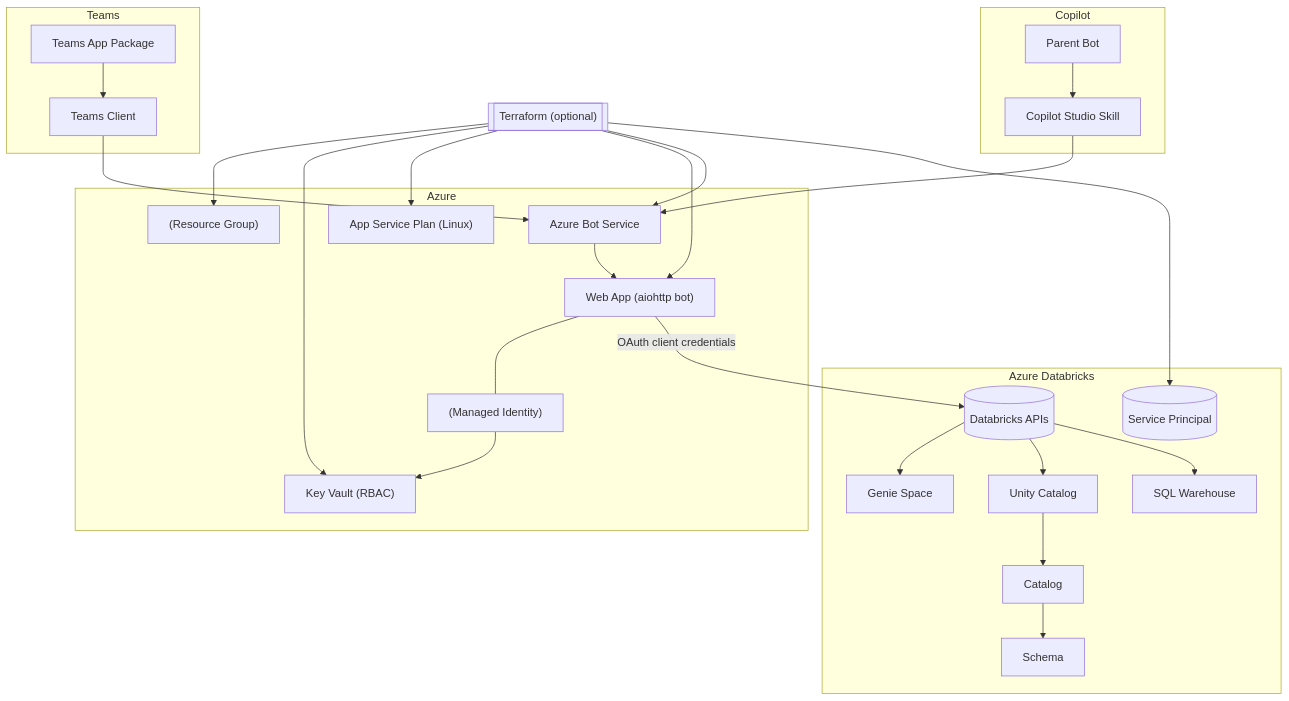
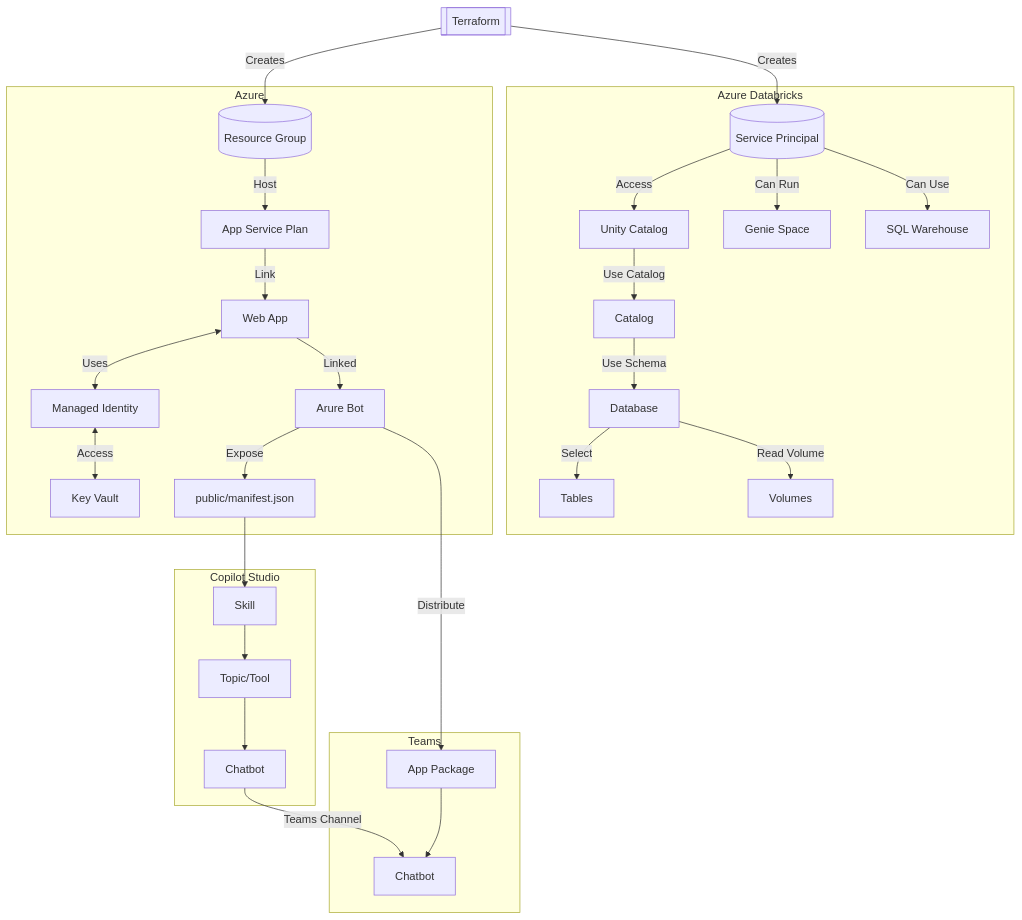
The first of 3 diagrams in docs/info-for-nerds.md (ArnoldSouza/databricks-genie-teams-copilot-m365), drawn with Mermaid before and after one commit. The commit also changed other lines of this file and 7 other files, not shown here.

````diff
--- a/docs/info-for-nerds.md
+++ b/docs/info-for-nerds.md
@@ -17,60 +18,60 @@
 ```mermaid
 flowchart TB
-  %% --- Azure ---
   subgraph Azure
-    RG["(Resource Group)"]
-    KV["Key Vault (RBAC)"]
-    ASP["App Service Plan (Linux)"]
-    APP["Web App (aiohttp bot)"]
-    MI["(Managed Identity)"]
-    BOT[Azure Bot Service]
+    RG[(Resource Group)]
+    ASP[App Service Plan]
+    MI[Managed Identity]
+    BOT[Arure Bot]
+    MFS[public/manifest.json]
+    KV[Key Vault]
+    APP[Web App]
   end
 
-  %% --- Databricks ---
-  subgraph DBX[Azure Databricks]
-    DBXSP[(Service Principal)]
-    SPACE[Genie Space]
+  subgraph Databricks[Azure Databricks]
+    DSP[(Service Principal)]
     UC[Unity Catalog]
-    CATALOG[Catalog]
-    SCHEMA[Schema]
-    WAREHOUSE[SQL Warehouse]
-    API[(Databricks APIs)]
+    CT[Catalog]
+    SC[Database]
+    TB[Tables]
+    VL[Volumes]
+    SPC[Genie Space]
+    WH[SQL Warehouse]
   end
 
-  %% --- Teams & Copilot ---
   subgraph Teams
-    TEAMSCLIENT[Teams Client]
-    APPPKG[Teams App Package]
+    APPK[App Package]
+    CHAT[Chatbot]
   end
 
-  subgraph Copilot
-    SKILL[Copilot Studio Skill]
-    PARENTBOT[Parent Bot]
+  subgraph Copilot[Copilot Studio]
+    SKI[Skill]
+    TOP[Topic/Tool]
+    Chatt[Chatbot]
   end
 
-  IaC[["Terraform (optional)"]]
+  IaC[[Terraform]] --> |Creates| RG
+  RG --> |Host| ASP
+  ASP --> |Link| APP
+  BOT --> |Expose| MFS
+  APP <--> |Uses| MI <--> |Access| KV
+  APP --> |Linked| BOT
 
-  %% --- Provisioning edges ---
-  IaC --> RG
-  IaC --> KV
-  IaC --> ASP
-  IaC --> APP
-  IaC --> BOT
-  IaC --> DBXSP
+  IaC --> |Creates| DSP
+  DSP --> |Access| UC
+  UC --> |Use Catalog| CT
+  CT --> |Use Schema |SC
+  SC --> |Select |TB
+  SC --> |Read Volume|VL
+  DSP --> |Can Run| SPC
+  DSP --> |Can Use| WH
 
-  %% --- Runtime edges ---
-  APP --- MI
-  MI --> KV
-  BOT --> APP
-  APP -->|OAuth client credentials| API
-  API --> SPACE
-  API --> UC
-  UC --> CATALOG --> SCHEMA
-  API --> WAREHOUSE
+  APPK --> CHAT
 
-  %% --- Clients ---
-  APPPKG --> TEAMSCLIENT
-  TEAMSCLIENT --> BOT
-  SKILL --> BOT
-  PARENTBOT --> SKILL
-```
+  MFS --> SKI
+  SKI --> TOP
+  TOP --> Chatt
+  Chatt -->|Teams Channel| CHAT
+
+  BOT -->|Distribute| APPK
+
+  ```
````
